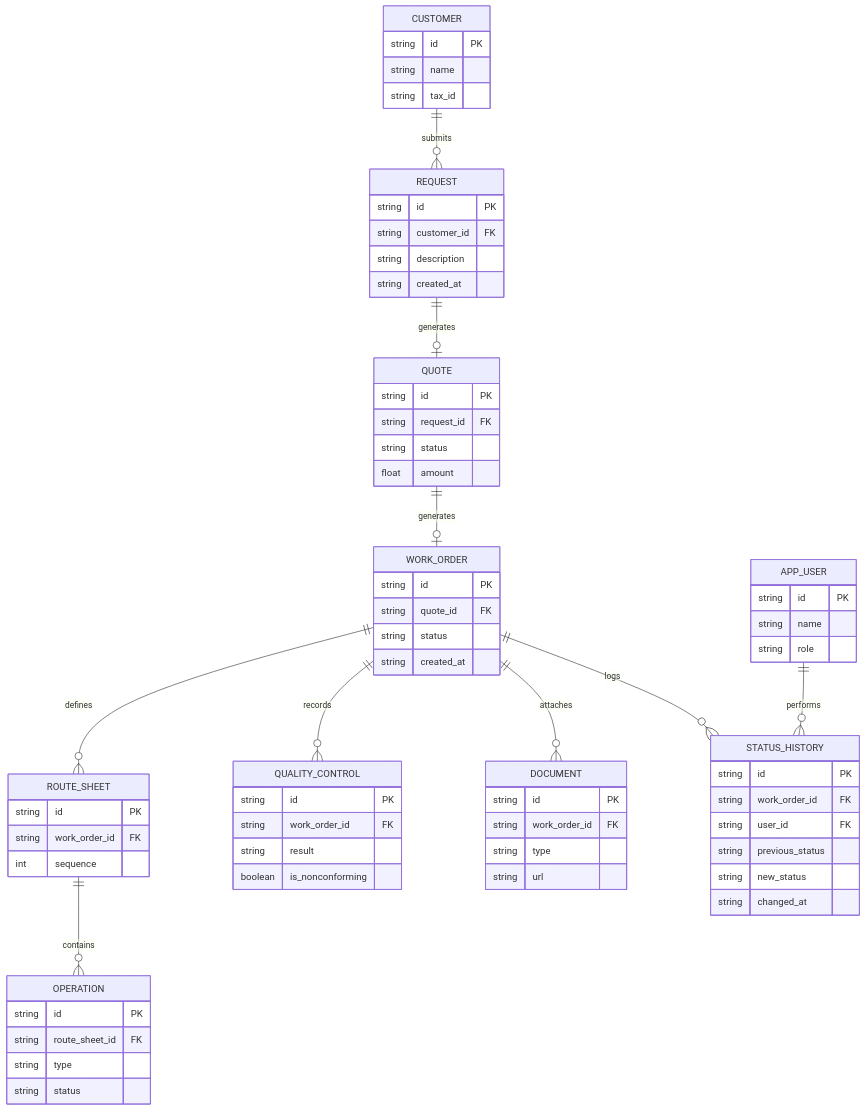
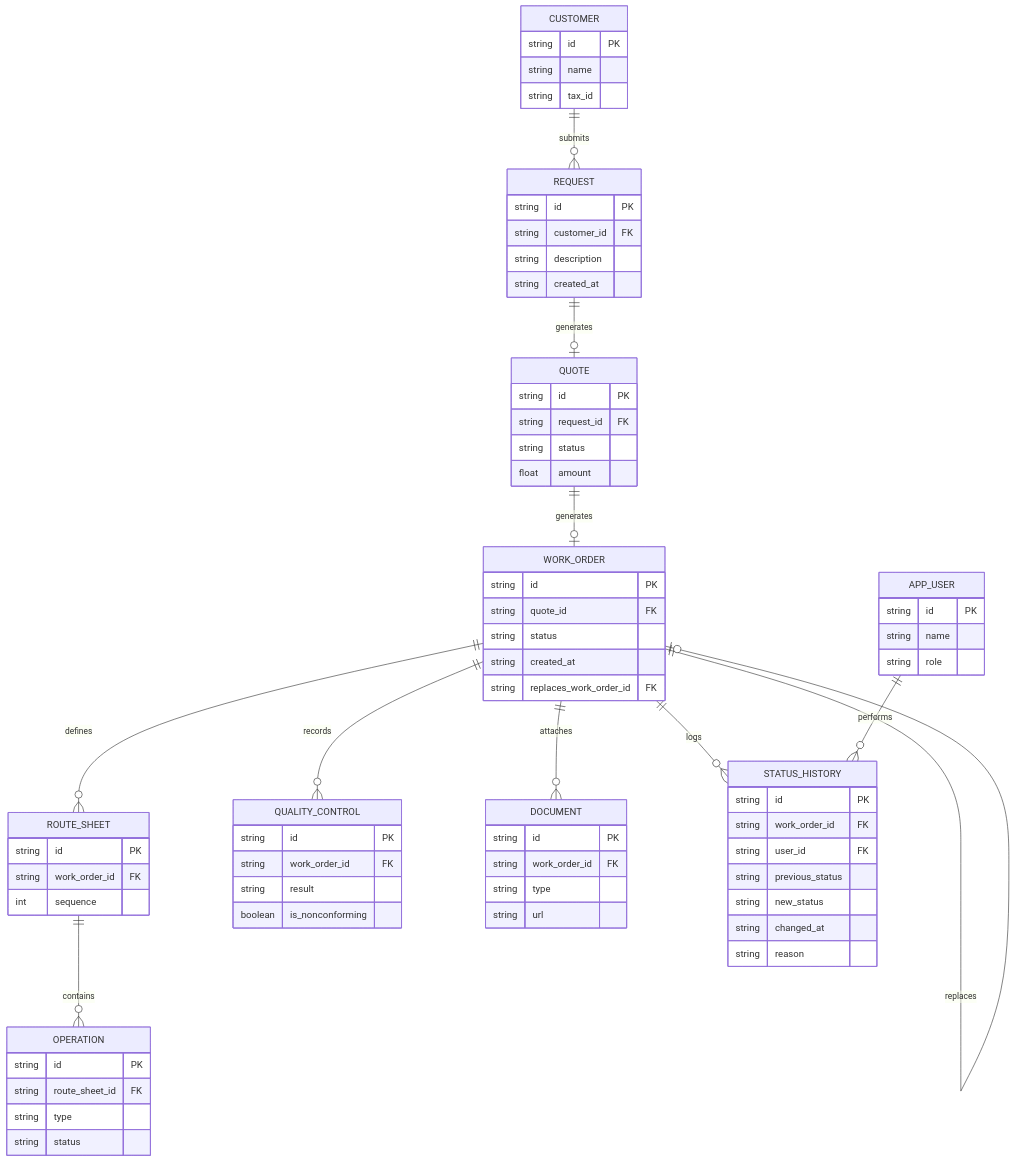
Before and after one commit to No-Country-simulation/S08-26-EQUIPO21-QualityTrack: the diagram in docs/architecture.md, drawn with Mermaid. The commit also changed other lines of this file and 4 other files, not shown here.

Commit message:
docs(adr): define work order cancellation flow

````diff
--- a/docs/architecture.md
+++ b/docs/architecture.md
@@ -12,72 +12,75 @@
 ```mermaid
 erDiagram
     CUSTOMER ||--o{ REQUEST : submits
     REQUEST ||--o| QUOTE : generates
     QUOTE ||--o| WORK_ORDER : generates
     WORK_ORDER ||--o{ ROUTE_SHEET : defines
     ROUTE_SHEET ||--o{ OPERATION : contains
     WORK_ORDER ||--o{ QUALITY_CONTROL : records
     WORK_ORDER ||--o{ DOCUMENT : attaches
     WORK_ORDER ||--o{ STATUS_HISTORY : logs
+    WORK_ORDER ||--o| WORK_ORDER : replaces
     APP_USER ||--o{ STATUS_HISTORY : performs
 
     CUSTOMER {
         string id PK
         string name
         string tax_id
     }
     REQUEST {
         string id PK
         string customer_id FK
         string description
         string created_at
     }
     QUOTE {
         string id PK
         string request_id FK
         string status
         float amount
     }
     WORK_ORDER {
         string id PK
         string quote_id FK
         string status
         string created_at
+        string replaces_work_order_id FK
     }
     ROUTE_SHEET {
         string id PK
         string work_order_id FK
         int sequence
     }
     OPERATION {
         string id PK
         string route_sheet_id FK
         string type
         string status
     }
     QUALITY_CONTROL {
         string id PK
         string work_order_id FK
         string result
         boolean is_nonconforming
     }
     DOCUMENT {
         string id PK
         string work_order_id FK
         string type
         string url
     }
     STATUS_HISTORY {
         string id PK
         string work_order_id FK
         string user_id FK
         string previous_status
         string new_status
         string changed_at
+        string reason
     }
     APP_USER {
         string id PK
         string name
         string role
     }
 ```
````
